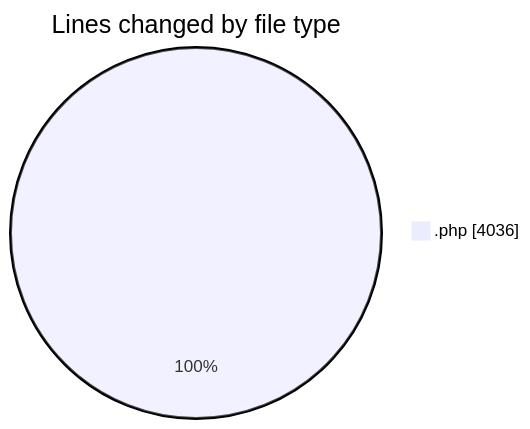
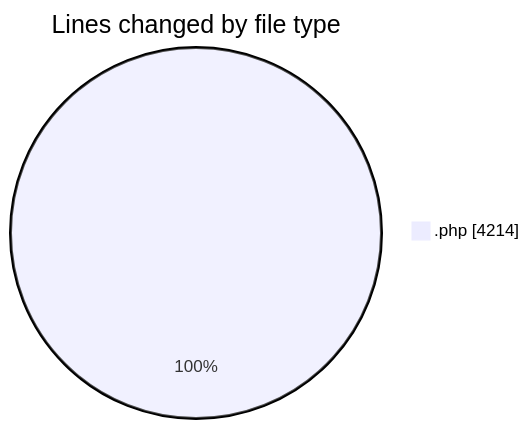
One commit to vahidmafi/code-tracking changed the first of 2 diagrams in 2025-06-10/zeytoon/README.md. Above: the diagram before and after it, drawn with Mermaid. The commit also changed other lines of this file and 1 other file, not shown here.

````diff
--- a/2025-06-10/zeytoon/README.md
+++ b/2025-06-10/zeytoon/README.md
@@ -20,5 +21,5 @@
 ```mermaid
 pie showData
 title Lines changed by file type
-".php" : 4036
+".php" : 4214
 ```
````
